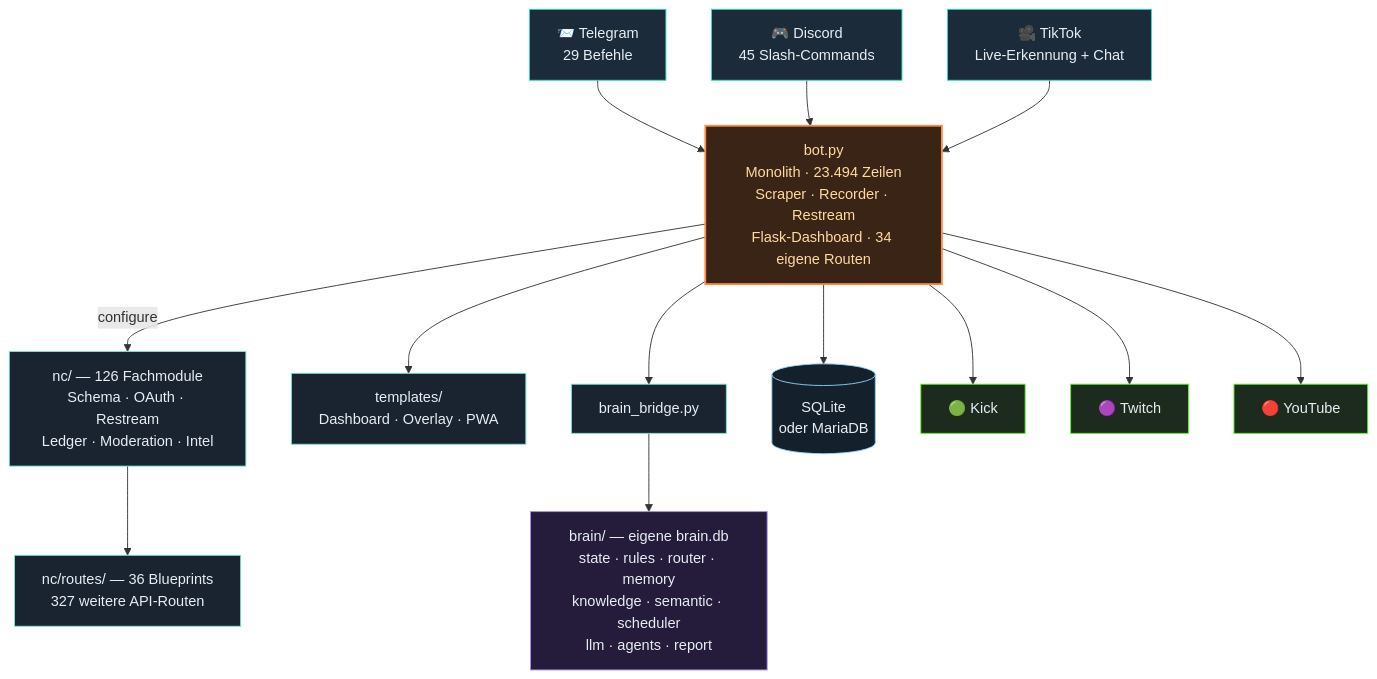
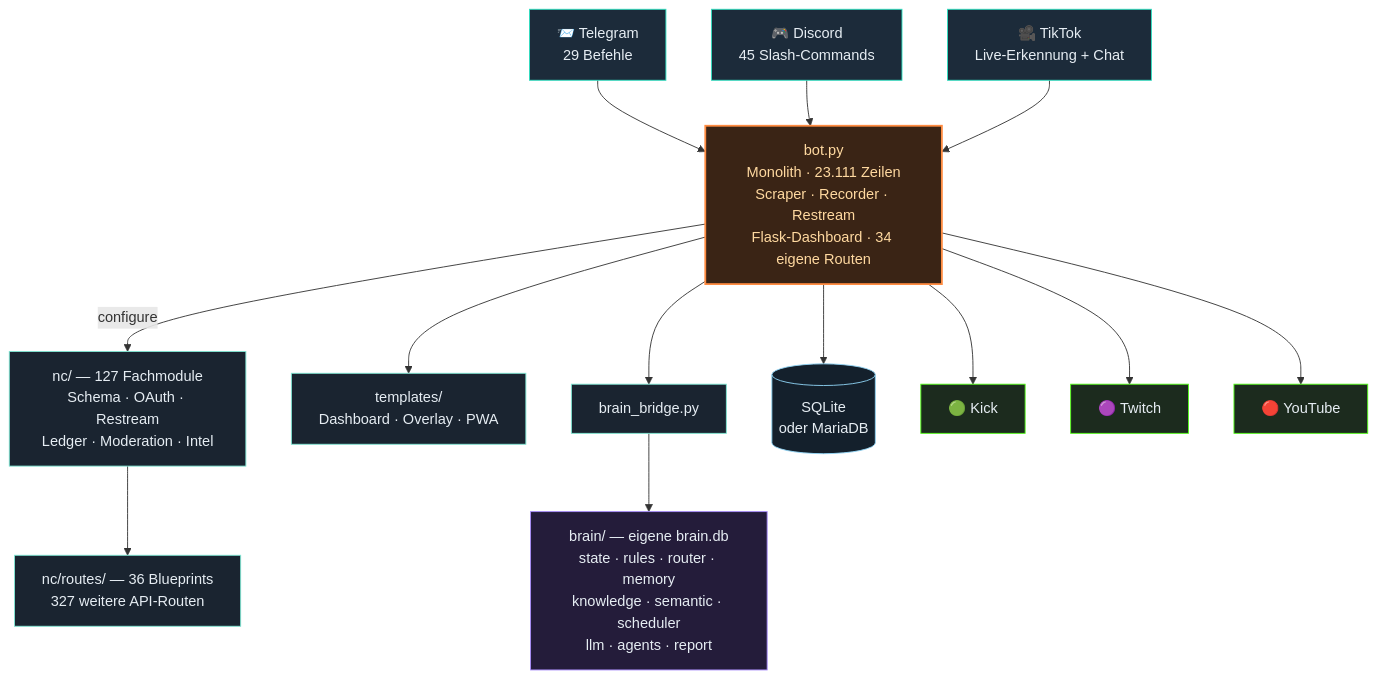
Before and after one commit to itsamemedev/Telegram-Stream-Info-Bot: the third of 4 diagrams in README.md, drawn with Mermaid. The commit also changed other lines of this file and 9 other files, not shown here.

````diff
--- a/README.md
+++ b/README.md
@@ -189,30 +189,30 @@
 ```mermaid
 flowchart TB
     TG["📨 Telegram<br/>29 Befehle"]:::ein
     DC["🎮 Discord<br/>45 Slash-Commands"]:::ein
     TT["🎥 TikTok<br/>Live-Erkennung + Chat"]:::ein
 
     TG --> BOT
     DC --> BOT
     TT --> BOT
 
-    BOT["bot.py<br/>Monolith · 23.494 Zeilen<br/>Scraper · Recorder · Restream<br/>Flask-Dashboard · 34 eigene Routen"]:::core
+    BOT["bot.py<br/>Monolith · 23.111 Zeilen<br/>Scraper · Recorder · Restream<br/>Flask-Dashboard · 34 eigene Routen"]:::core
 
-    BOT -->|configure| NC["nc/ — 126 Fachmodule<br/>Schema · OAuth · Restream<br/>Ledger · Moderation · Intel"]:::lib
+    BOT -->|configure| NC["nc/ — 127 Fachmodule<br/>Schema · OAuth · Restream<br/>Ledger · Moderation · Intel"]:::lib
     NC --> RT["nc/routes/ — 36 Blueprints<br/>327 weitere API-Routen"]:::lib
     BOT --> TPL["templates/<br/>Dashboard · Overlay · PWA"]:::lib
     BOT --> BR["brain_bridge.py"]:::lib
     BR --> BRAIN["brain/ — eigene brain.db<br/>state · rules · router · memory<br/>knowledge · semantic · scheduler<br/>llm · agents · report"]:::brain
     BOT --> DB[("SQLite<br/>oder MariaDB")]:::db
 
     BOT --> KICK["🟢 Kick"]:::out
     BOT --> TW["🟣 Twitch"]:::out
     BOT --> YT["🔴 YouTube"]:::out
 
     classDef ein fill:#1c2b3a,stroke:#2de1c2,color:#e6edf3
     classDef core fill:#3a2415,stroke:#ff8c42,stroke-width:2px,color:#ffd9a0
     classDef lib fill:#1a2430,stroke:#7fe7d4,color:#e6edf3
     classDef brain fill:#241c3a,stroke:#a78bfa,color:#e6edf3
     classDef db fill:#14202c,stroke:#8fd3f4,color:#e6edf3
     classDef out fill:#1c2b1e,stroke:#53fc18,color:#e6edf3
 ```
````
